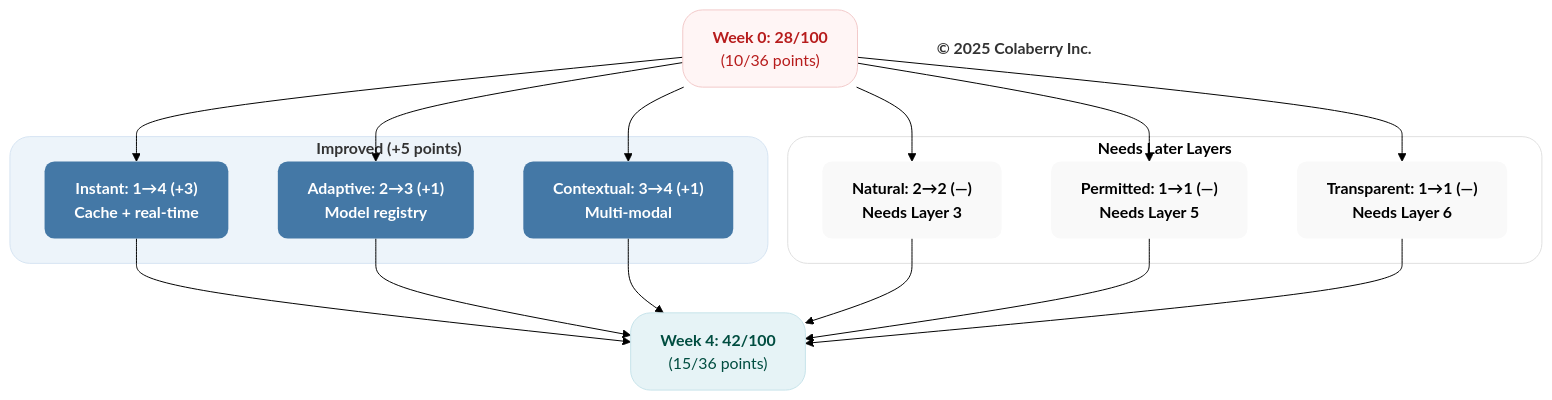
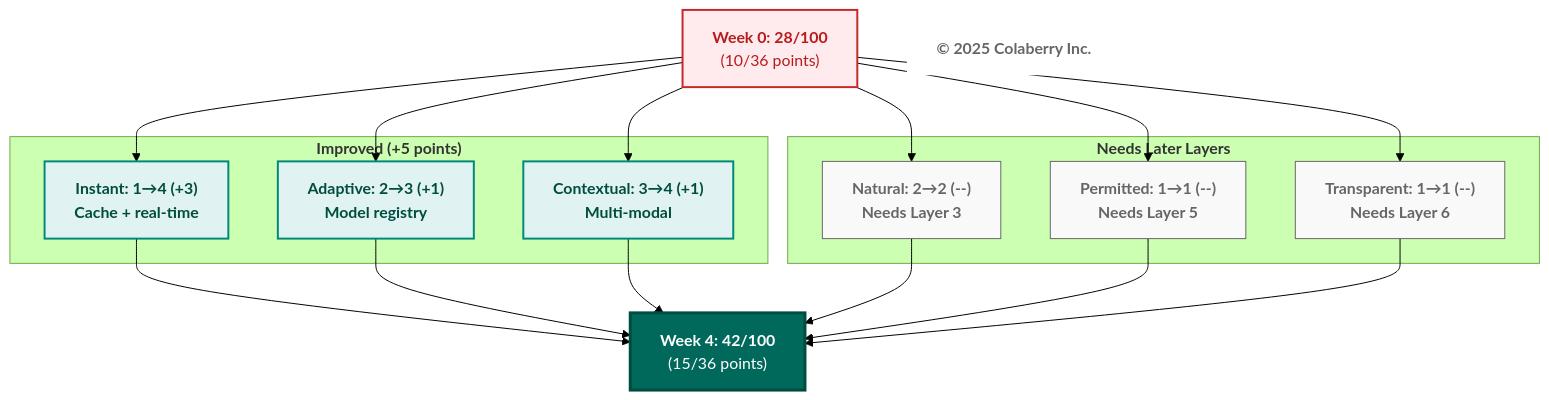
One commit to saitejesh-cyber/trust-before-intelligence-book changed diagram 11 of 11 in manuscript/05_chapter_4_foundation_layers.md. Above: the diagram before and after it, drawn with Mermaid (forest theme). The commit also changed other lines of this file and 12 other files, not shown here.

Commit message:
Restore legacy Mermaid styles for Option 1

````diff
--- a/manuscript/05_chapter_4_foundation_layers.md
+++ b/manuscript/05_chapter_4_foundation_layers.md
@@ -1065,36 +1056,34 @@
 ```mermaid
 graph TB
     BEFORE["<b>Week 0: 28/100</b><br/>(10/36 points)"]
     AFTER["<b>Week 4: 42/100</b><br/>(15/36 points)"]
     
-    subgraph IMPROVED["<b>Improved (+5 points)</b>"]
+    subgraph "<b>Improved (+5 points)</b>"
         A1["<b>Instant: 1→4 (+3)</b><br/><b>Cache + real-time</b>"]
         A4["<b>Adaptive: 2→3 (+1)</b><br/><b>Model registry</b>"]
         A5["<b>Contextual: 3→4 (+1)</b><br/><b>Multi-modal</b>"]
     end
     
-    subgraph LATER["<b>Needs Later Layers</b>"]
-        B2["<b>Natural: 2→2 (—)</b><br/><b>Needs Layer 3</b>"]
-        B3["<b>Permitted: 1→1 (—)</b><br/><b>Needs Layer 5</b>"]
-        B6["<b>Transparent: 1→1 (—)</b><br/><b>Needs Layer 6</b>"]
+    subgraph "<b>Needs Later Layers</b>"
+        B2["<b>Natural: 2→2 (--)</b><br/><b>Needs Layer 3</b>"]
+        B3["<b>Permitted: 1→1 (--)</b><br/><b>Needs Layer 5</b>"]
+        B6["<b>Transparent: 1→1 (--)</b><br/><b>Needs Layer 6</b>"]
     end
     
     Copyright["<b>© 2025 Colaberry Inc.</b>"]
     
     BEFORE --> A1 & A4 & A5
     BEFORE --> B2 & B3 & B6
     A1 & A4 & A5 --> AFTER
     B2 & B3 & B6 --> AFTER
-
-    style BEFORE fill:#fff5f5,stroke:#f2caca,stroke-width:1px,color:#b71c1c,rx:20,ry:20
-    style IMPROVED fill:#edf4fa,stroke:#d6e4f2,stroke-width:1px,color:#333333,rx:20,ry:20
-    style A1 fill:#4478A6,stroke:none,color:#ffffff,rx:10,ry:10
-    style A4 fill:#4478A6,stroke:none,color:#ffffff,rx:10,ry:10
-    style A5 fill:#4478A6,stroke:none,color:#ffffff,rx:10,ry:10
-    style LATER fill:#ffffff,stroke:#e0e0e0,stroke-width:1px,color:#000000,rx:20,ry:20
-    style B2 fill:#f9f9f9,stroke:none,color:#000000,rx:10,ry:10
-    style B3 fill:#f9f9f9,stroke:none,color:#000000,rx:10,ry:10
-    style B6 fill:#f9f9f9,stroke:none,color:#000000,rx:10,ry:10
-    style AFTER fill:#e6f3f6,stroke:#c7e3ea,stroke-width:1px,color:#004d40,rx:20,ry:20
-    style Copyright fill:none,stroke:none,color:#333333
+    
+    style BEFORE fill:#ffebee,stroke:#c62828,stroke-width:2px,color:#b71c1c
+    style AFTER fill:#00695c,color:#ffffff,stroke:#004d40,stroke-width:3px
+    style A1 fill:#e0f2f1,stroke:#00897b,stroke-width:2px,color:#004d40
+    style A4 fill:#e0f2f1,stroke:#00897b,stroke-width:2px,color:#004d40
+    style A5 fill:#e0f2f1,stroke:#00897b,stroke-width:2px,color:#004d40
+    style B2 fill:#f9f9f9,stroke:#666666,stroke-width:1px,color:#666666
+    style B3 fill:#f9f9f9,stroke:#666666,stroke-width:1px,color:#666666
+    style B6 fill:#f9f9f9,stroke:#666666,stroke-width:1px,color:#666666
+    style Copyright fill:#ffffff,stroke:none,color:#666666
 ```
````
